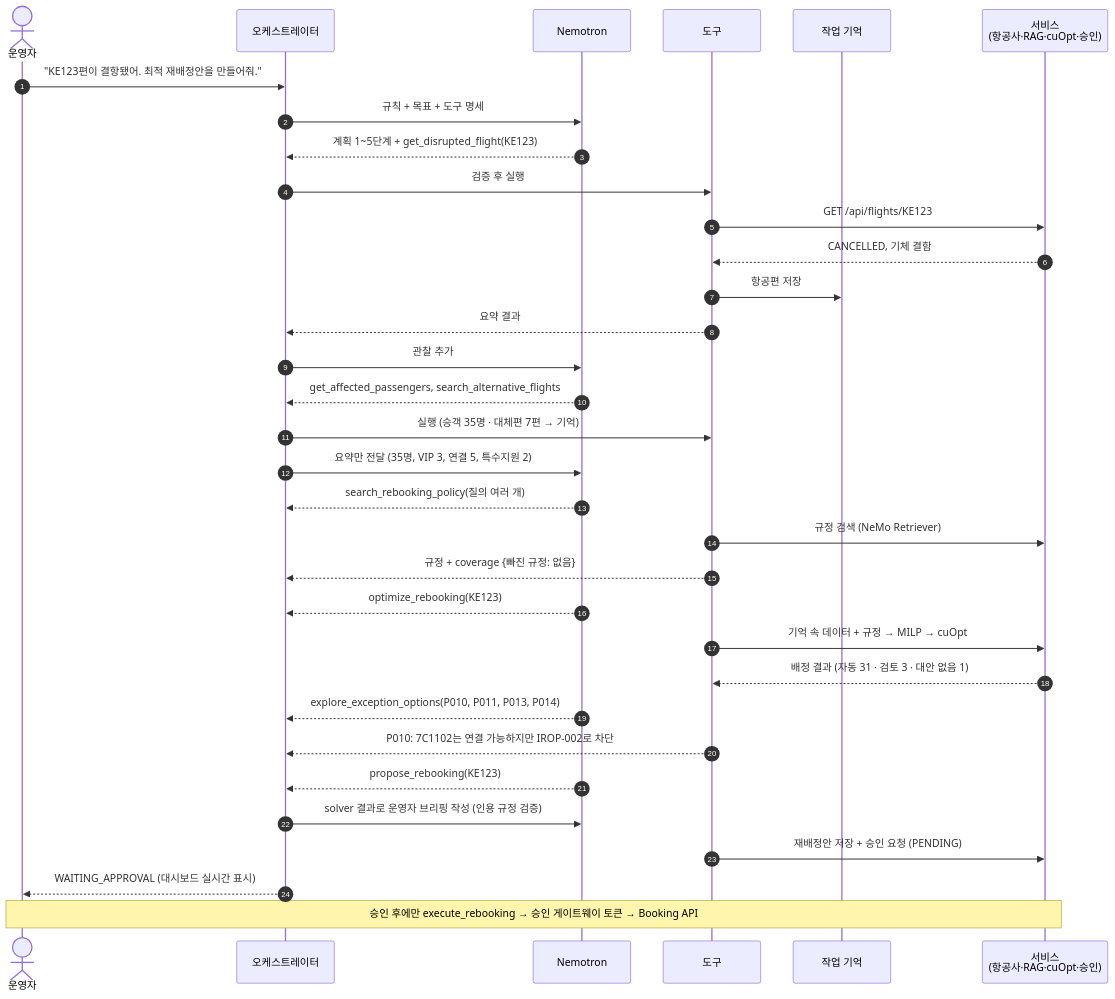
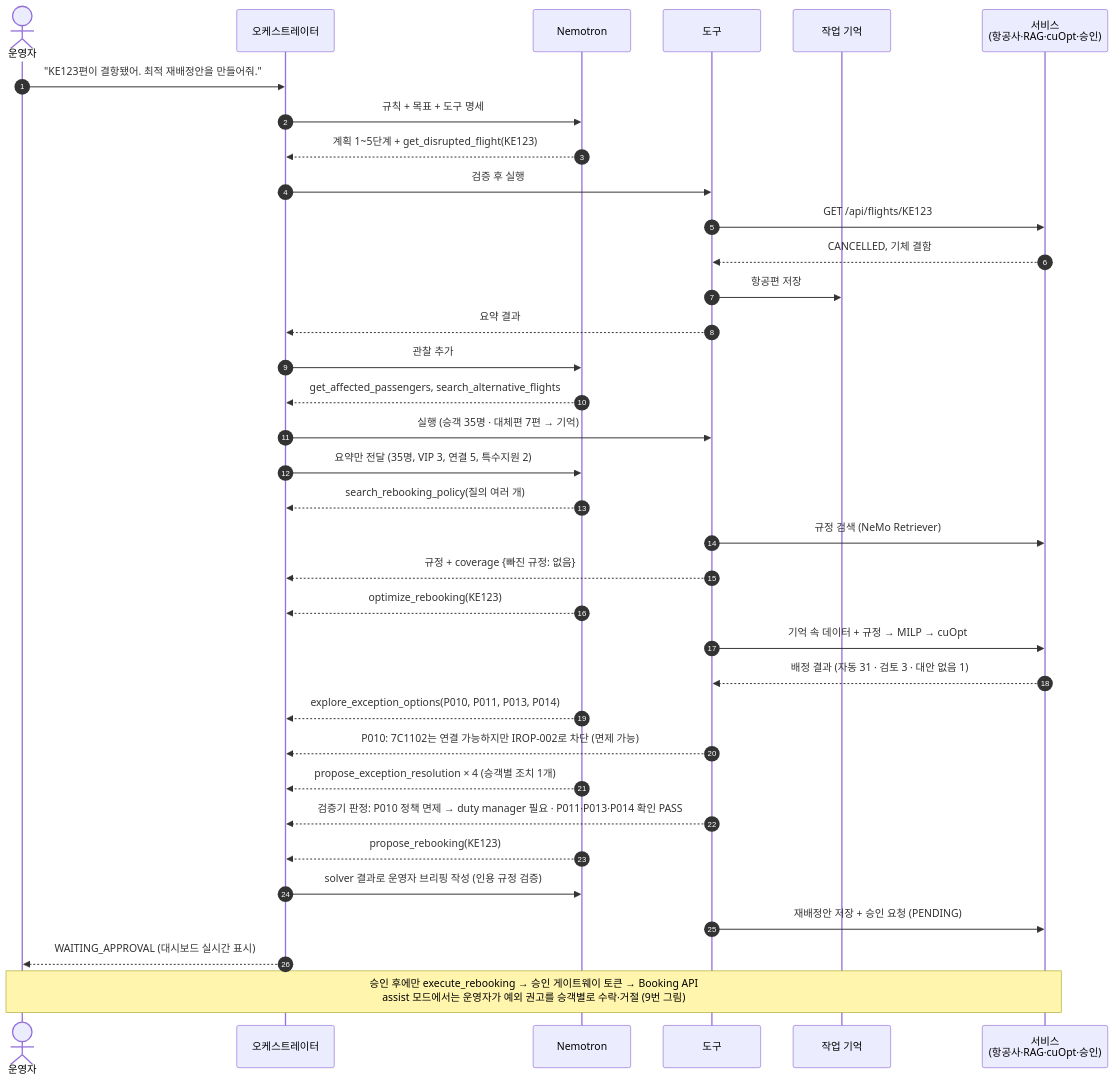
The third of 9 diagrams in docs/agent.md (hyunolike/reroute-irops-agent), drawn with Mermaid before and after one commit. The commit also changed other lines of this file and 3 other files, not shown here.

````diff
--- a/docs/agent.md
+++ b/docs/agent.md
@@ -97,36 +101,38 @@
 ```mermaid
 sequenceDiagram
     autonumber
     actor Op as 운영자
     participant O as 오케스트레이터
     participant L as Nemotron
     participant T as 도구
     participant M as 작업 기억
     participant S as 서비스<br/>(항공사·RAG·cuOpt·승인)
 
     Op->>O: "KE123편이 결항됐어. 최적 재배정안을 만들어줘."
     O->>L: 규칙 + 목표 + 도구 명세
     L-->>O: 계획 1~5단계 + get_disrupted_flight(KE123)
     O->>T: 검증 후 실행
     T->>S: GET /api/flights/KE123
     S-->>T: CANCELLED, 기체 결함
     T->>M: 항공편 저장
     T-->>O: 요약 결과
     O->>L: 관찰 추가
     L-->>O: get_affected_passengers, search_alternative_flights
     O->>T: 실행 (승객 35명 · 대체편 7편 → 기억)
     O->>L: 요약만 전달 (35명, VIP 3, 연결 5, 특수지원 2)
     L-->>O: search_rebooking_policy(질의 여러 개)
     T->>S: 규정 검색 (NeMo Retriever)
     T-->>O: 규정 + coverage {빠진 규정: 없음}
     L-->>O: optimize_rebooking(KE123)
     T->>S: 기억 속 데이터 + 규정 → MILP → cuOpt
     S-->>T: 배정 결과 (자동 31 · 검토 3 · 대안 없음 1)
     L-->>O: explore_exception_options(P010, P011, P013, P014)
-    T-->>O: P010: 7C1102는 연결 가능하지만 IROP-002로 차단
+    T-->>O: P010: 7C1102는 연결 가능하지만 IROP-002로 차단 (면제 가능)
+    L-->>O: propose_exception_resolution × 4 (승객별 조치 1개)
+    T-->>O: 검증기 판정: P010 정책 면제 → duty manager 필요 · P011·P013·P014 확인 PASS
     L-->>O: propose_rebooking(KE123)
     O->>L: solver 결과로 운영자 브리핑 작성 (인용 규정 검증)
     T->>S: 재배정안 저장 + 승인 요청 (PENDING)
     O-->>Op: WAITING_APPROVAL (대시보드 실시간 표시)
-    Note over Op,S: 승인 후에만 execute_rebooking → 승인 게이트웨이 토큰 → Booking API
+    Note over Op,S: 승인 후에만 execute_rebooking → 승인 게이트웨이 토큰 → Booking API<br/>assist 모드에서는 운영자가 예외 권고를 승객별로 수락·거절 (9번 그림)
 ```
````
